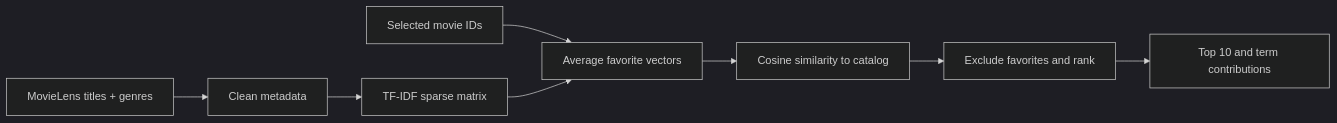
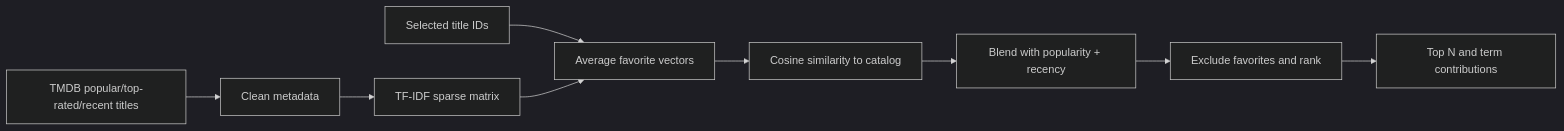
One commit to 404priyanshu/movie-recommendation-system changed the first of 2 diagrams in README.md. Above: the diagram before and after it, drawn with Mermaid (dark theme). The commit also changed other lines of this file and 14 other files, not shown here.

First line of the commit message:
Replace 2018 MovieLens/TVmaze catalog with a live TMDB pipeline

````diff
--- a/README.md
+++ b/README.md
@@ -51,10 +51,11 @@
 ```mermaid
 flowchart LR
-  A[MovieLens titles + genres] --> B[Clean metadata]
+  A[TMDB popular/top-rated/recent titles] --> B[Clean metadata]
   B --> C[TF-IDF sparse matrix]
-  D[Selected movie IDs] --> E[Average favorite vectors]
+  D[Selected title IDs] --> E[Average favorite vectors]
   C --> E
   E --> F[Cosine similarity to catalog]
-  F --> G[Exclude favorites and rank]
-  G --> H[Top 10 and term contributions]
+  F --> G[Blend with popularity + recency]
+  G --> H[Exclude favorites and rank]
+  H --> I[Top N and term contributions]
 ```
````
